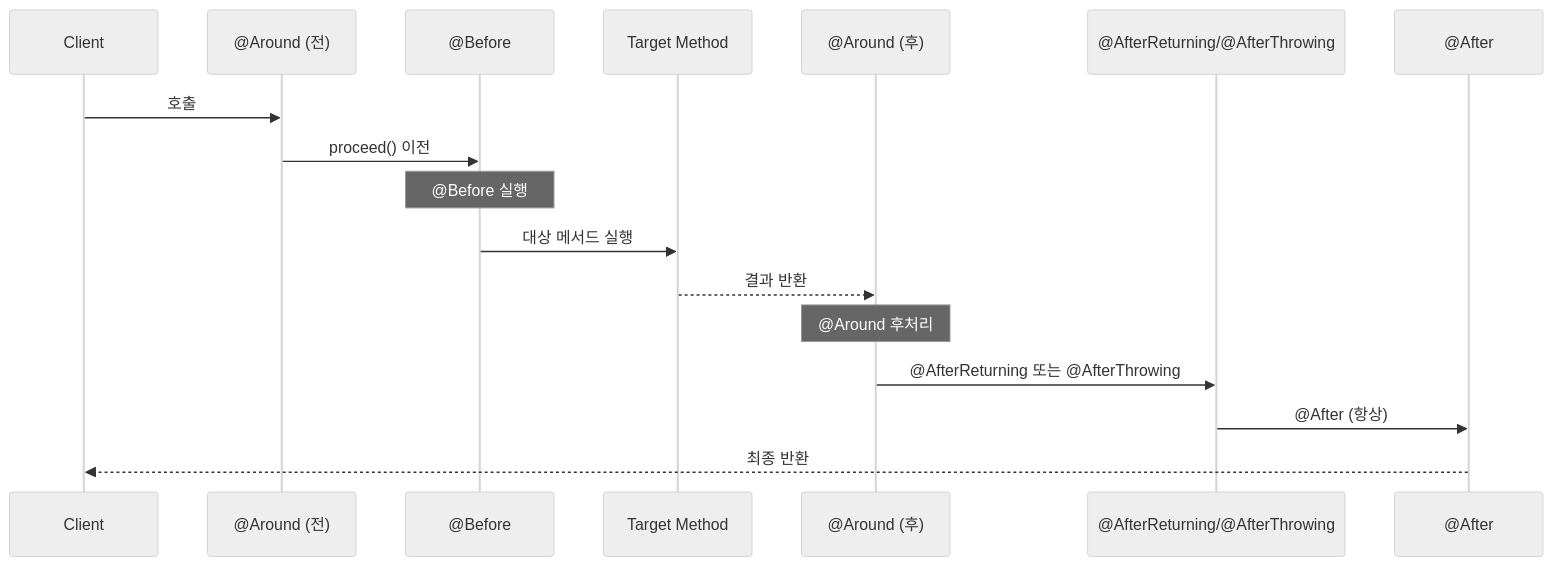
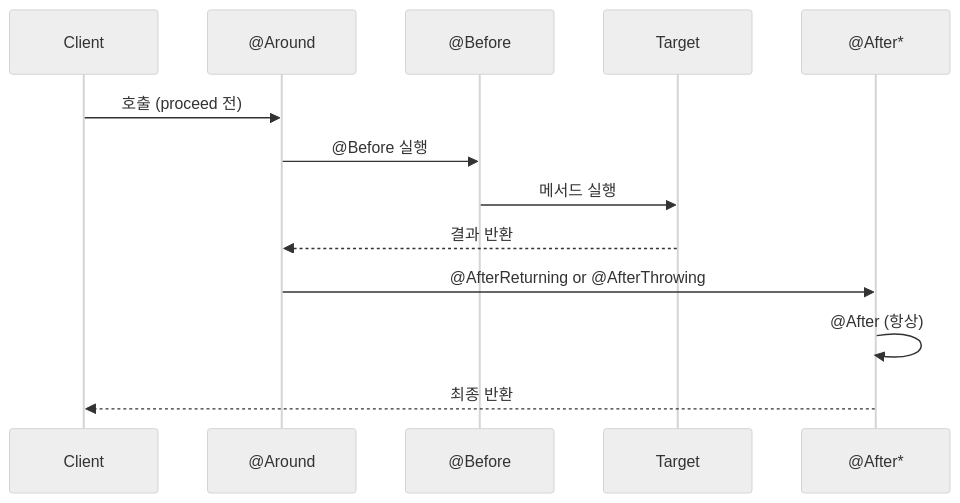
The sixth of 11 diagrams in _posts/spring/2026-05-02-spring-core-advanced.md (yjkim2015/yjkim2015.github.io), drawn with Mermaid (neutral theme) before and after one commit. The commit also changed other lines of this file and 215 other files, not shown here.

First line of the commit message:
신규 포스트 10개 추가 + Mermaid 전면 축소 + SystemDesign 시리즈 보강

````diff
--- a/_posts/spring/2026-05-02-spring-core-advanced.md
+++ b/_posts/spring/2026-05-02-spring-core-advanced.md
@@ -400,20 +367,15 @@
 ```mermaid
 sequenceDiagram
     participant C as Client
-    participant AR as @Around (전)
+    participant AR as @Around
     participant B as @Before
-    participant T as Target Method
-    participant ARF as @Around (후)
-    participant AF as @AfterReturning/@AfterThrowing
-    participant A as @After
-
-    C->>AR: 호출
-    AR->>B: proceed() 이전
-    Note over B: @Before 실행
-    B->>T: 대상 메서드 실행
-    T-->>ARF: 결과 반환
-    Note over ARF: @Around 후처리
-    ARF->>AF: @AfterReturning 또는 @AfterThrowing
-    AF->>A: @After (항상)
-    A-->>C: 최종 반환
+    participant T as Target
+    participant AF as @After*
+    C->>AR: 호출 (proceed 전)
+    AR->>B: @Before 실행
+    B->>T: 메서드 실행
+    T-->>AR: 결과 반환
+    AR->>AF: @AfterReturning or @AfterThrowing
+    AF->>AF: @After (항상)
+    AF-->>C: 최종 반환
 ```
````
